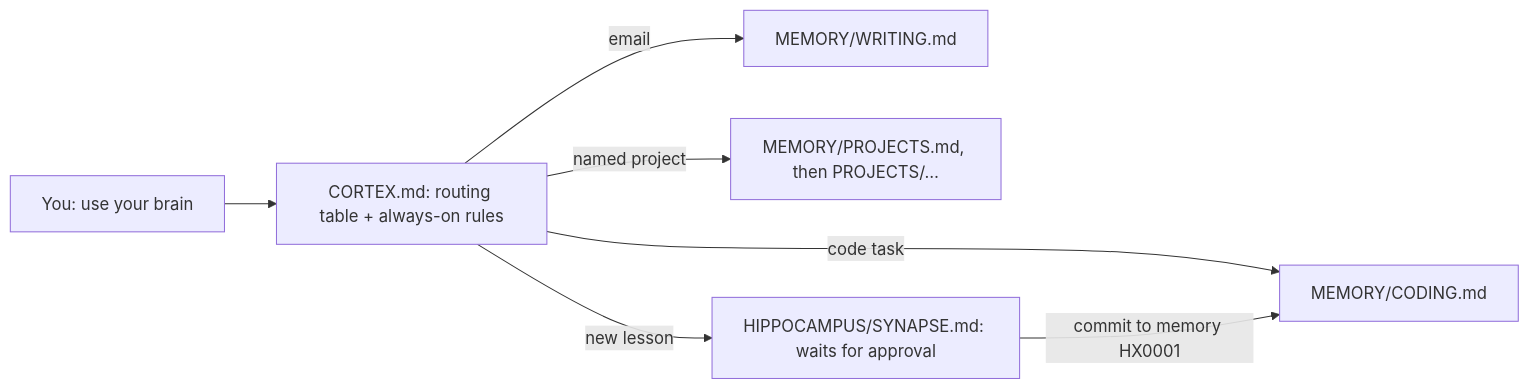
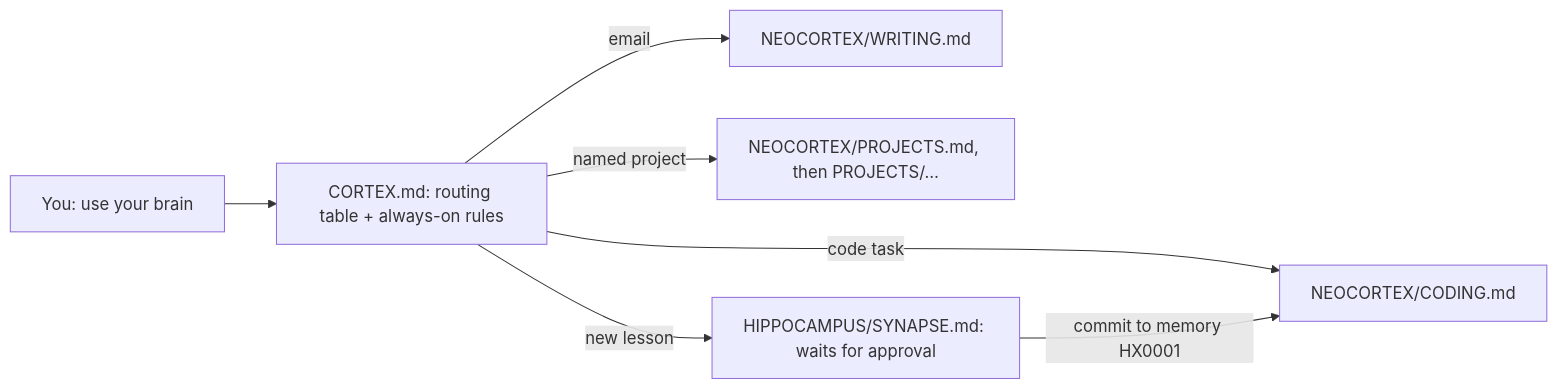
The diagram in README.md (jimmydagher/claude-brain), drawn with Mermaid before and after one commit. The commit also changed other lines of this file and 22 other files, not shown here.

Commit message:
Rename MEMORY to NEOCORTEX

````diff
--- a/README.md
+++ b/README.md
@@ -11,9 +11,9 @@
 ```mermaid
 flowchart LR
     A["You: use your brain"] --> B["CORTEX.md: routing table + always-on rules"]
-    B -->|code task| C["MEMORY/CODING.md"]
-    B -->|email| D["MEMORY/WRITING.md"]
-    B -->|named project| E["MEMORY/PROJECTS.md, then PROJECTS/…"]
+    B -->|code task| C["NEOCORTEX/CODING.md"]
+    B -->|email| D["NEOCORTEX/WRITING.md"]
+    B -->|named project| E["NEOCORTEX/PROJECTS.md, then PROJECTS/…"]
     B -->|new lesson| S["HIPPOCAMPUS/SYNAPSE.md: waits for approval"]
     S -->|commit to memory HX0001| C
 ```
````
